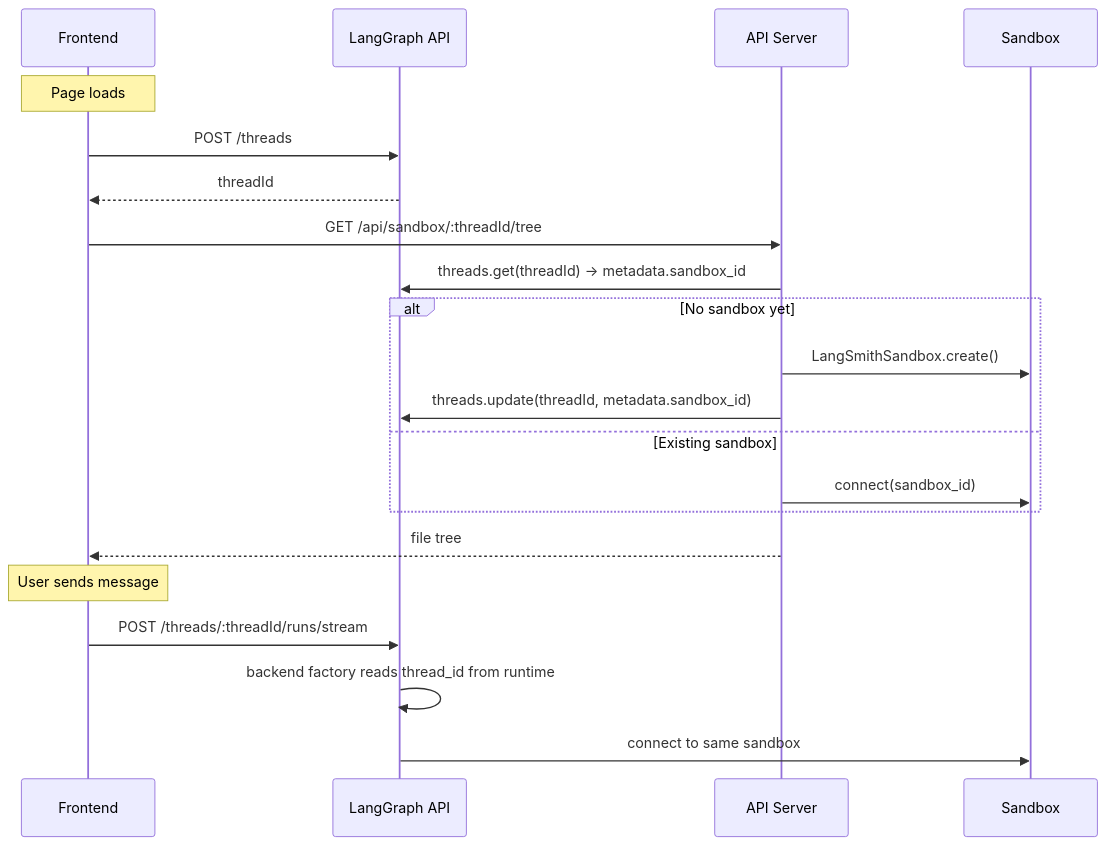
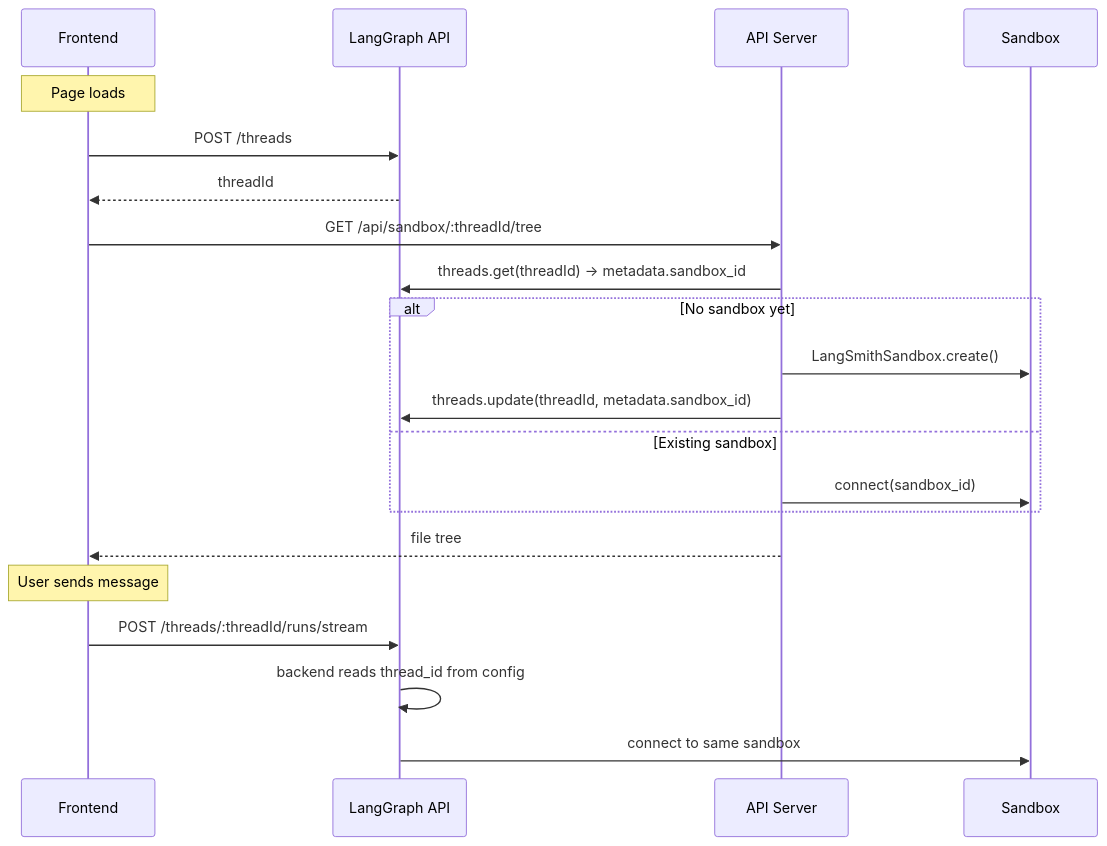
Before and after one commit to ipassynk/docs: the second of 2 diagrams in build/oss/javascript/deepagents/frontend/sandbox.mdx, drawn with Mermaid. The commit also changed other lines of this file and 319 other files, not shown here.

````diff
--- a/build/oss/javascript/deepagents/frontend/sandbox.mdx
+++ b/build/oss/javascript/deepagents/frontend/sandbox.mdx
@@ -81,26 +81,26 @@
 ```mermaid
 sequenceDiagram
     participant FE as Frontend
     participant LG as LangGraph API
     participant HTTP as API Server
     participant SB as Sandbox
 
     Note over FE: Page loads
     FE->>LG: POST /threads
     LG-->>FE: threadId
 
     FE->>HTTP: GET /api/sandbox/:threadId/tree
     HTTP->>LG: threads.get(threadId) → metadata.sandbox_id
     alt No sandbox yet
         HTTP->>SB: LangSmithSandbox.create()
         HTTP->>LG: threads.update(threadId, metadata.sandbox_id)
     else Existing sandbox
         HTTP->>SB: connect(sandbox_id)
     end
     HTTP-->>FE: file tree
 
     Note over FE: User sends message
     FE->>LG: POST /threads/:threadId/runs/stream
-    LG->>LG: backend factory reads thread_id from runtime
+    LG->>LG: backend reads thread_id from config
     LG->>SB: connect to same sandbox
 ```
````
